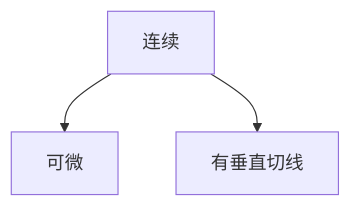
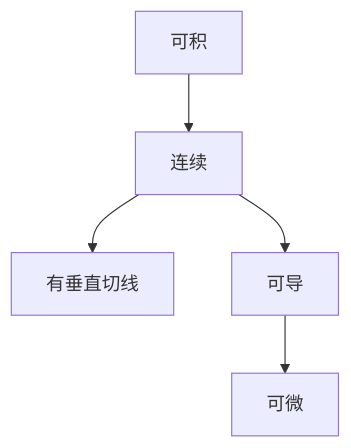
One commit to liangxiongsl/math changed the second of 2 diagrams in docs/微积分/2.极限&导数.md. Above: the diagram before and after it, drawn with Mermaid. The commit also changed other lines of this file and 121 other files, not shown here.

````diff
--- a/docs/微积分/2.极限&导数.md
+++ b/docs/微积分/2.极限&导数.md
@@ -332,5 +334,8 @@
 ```mermaid
 graph
-连续 --> 可微
 连续 --> 有垂直切线
+
+可积 --> 连续
+连续 --> 可导
+可导 --> 可微
 ```
````
